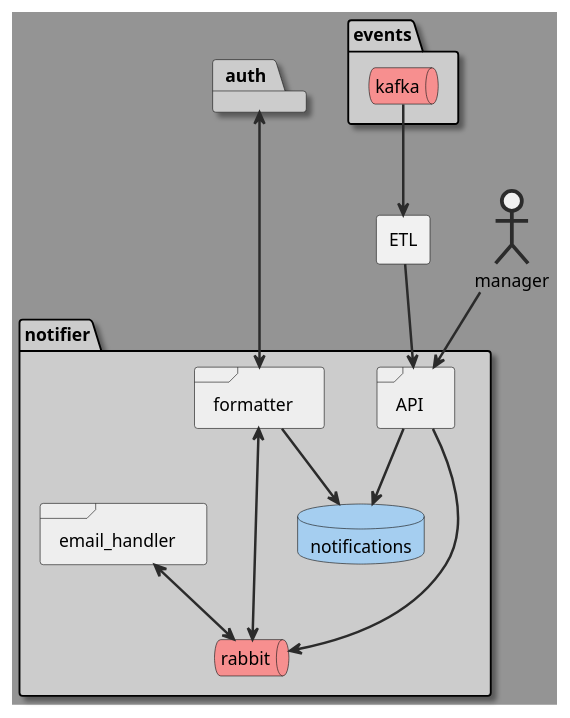
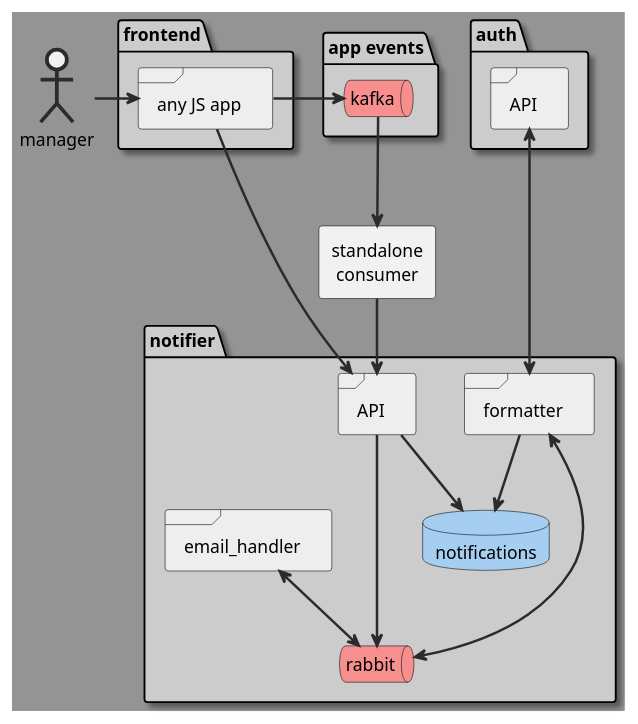
The diagram in scheme/maybe.puml (YanPonomarevMP/notifications_sprint_1), drawn with PlantUML before and after one commit.

Commit message:
Добавили фронтенд и изменили название ETL на standalone consumer
ВСё пока

```diff
--- a/scheme/maybe.puml
+++ b/scheme/maybe.puml
@@ -1,70 +1,81 @@
 @startuml
 
 <style>
     package {
         backgroundcolor #CCC
         Shadowing 1
     }
     document {
         backgroundcolor #949494
     }
     frame {
         backgroundcolor #EEE
     }
     database {
         backgroundcolor #A5CEF0
     }
     queue {
         backgroundcolor #F78F8F
     }
     actor {
         linethickness 3
         linecolor #2B2B2B
     }
     arrow {
         linethickness 2
         linecolor #2B2B2B
     }
     folder {
         backgroundcolor #FFCD73
     }
 </style>
 
 package "notifier" {
     frame notifier_api as "API" {
     }
     frame notifier_formatter as "formatter" {
     }
     frame notifier_email_handler as "email_handler" {
     }
     database notifier_postgres as "notifications" {
     }
     queue notifier_queue as "rabbit" {
     }
 }
 
-package "events" {
+package events as "app events" {
     queue events_kafka as "kafka" {
     }
 }
+
 package "auth" {
+    frame auth_api as "API" {
+    }
 }
 
-rectangle notifier_to_events_etl as "ETL"
+package "frontend" {
+    frame frontend_app as "any JS app" {
+    }
+}
+
+rectangle notifier_to_events_consumer as "standalone\n consumer"
 actor notifier_user as "manager"
 
-events_kafka --> notifier_to_events_etl
-notifier_to_events_etl --> notifier_api
-notifier_user --> notifier_api
+events_kafka --> notifier_to_events_consumer
+notifier_to_events_consumer --> notifier_api
+
+notifier_user -right-> frontend_app
+frontend_app --> notifier_api
+frontend_app -right-> events_kafka
 
 notifier_api --> notifier_postgres
 notifier_api ---> notifier_queue
 
 notifier_formatter <--> notifier_queue
 notifier_email_handler <--> notifier_queue
 
-notifier_formatter <--up-> auth
+notifier_formatter <--up-> auth_api
 notifier_formatter --> notifier_postgres
 
 
 @enduml
```
